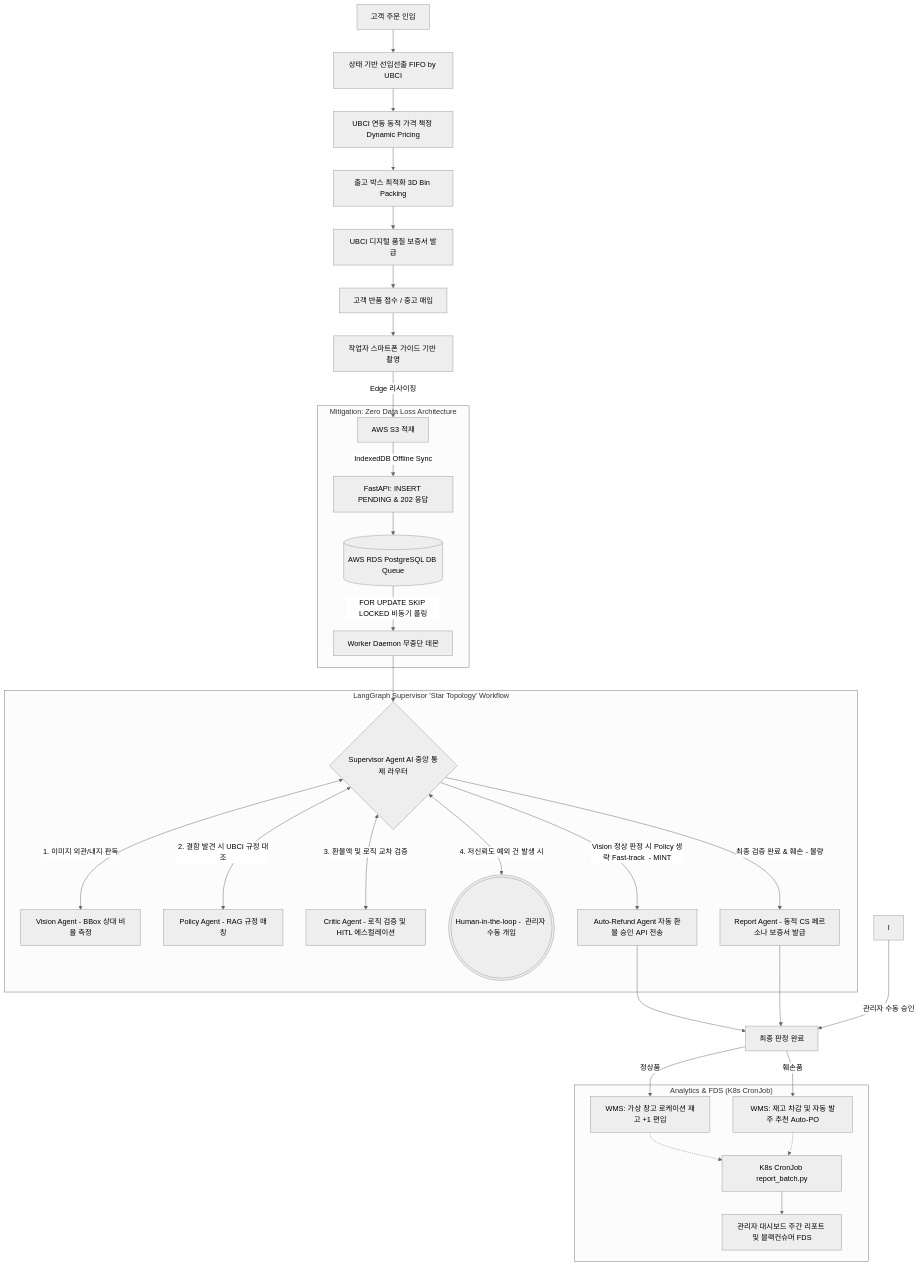
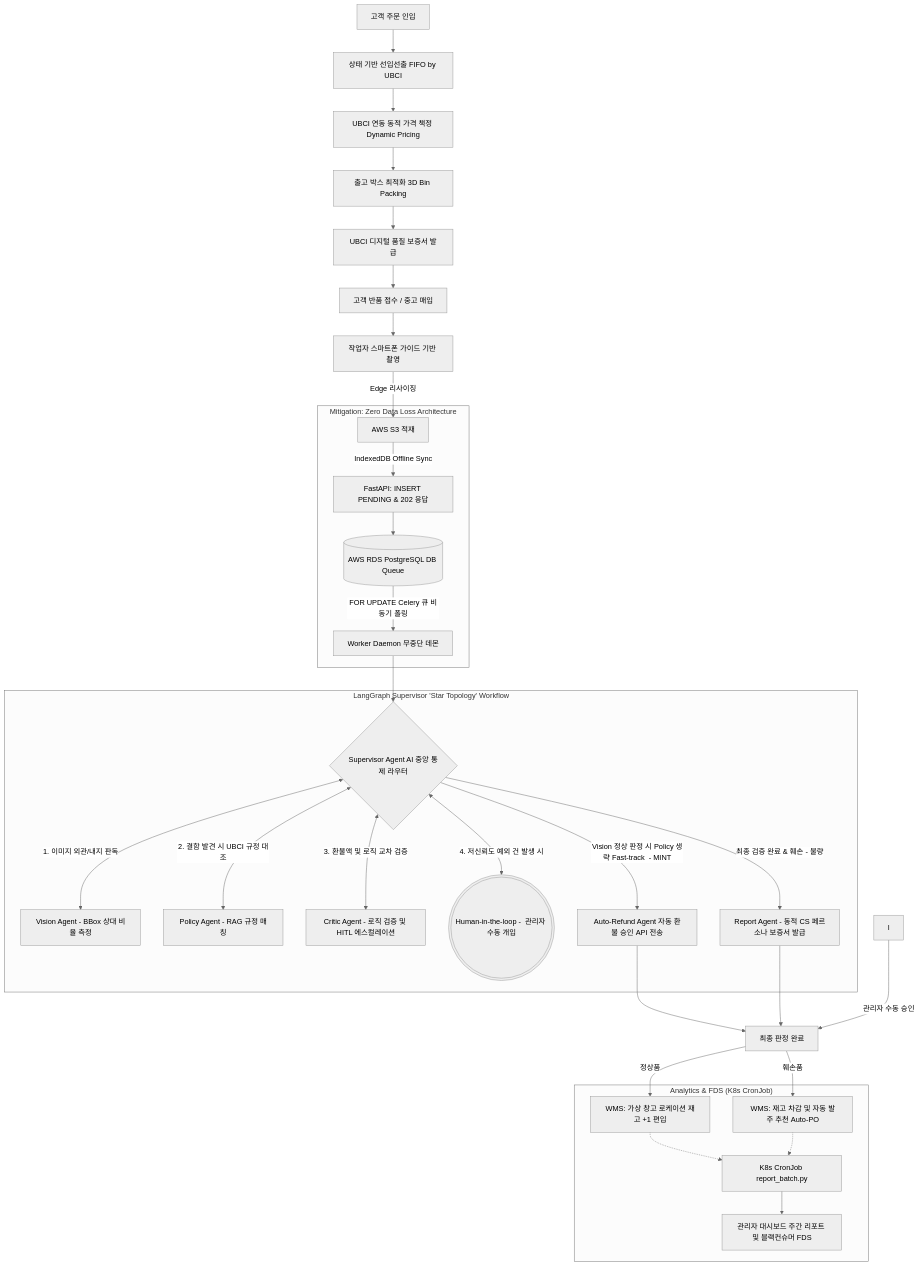
Before and after one commit to jmkyong9393/wms-core-frontend: the second of 3 diagrams in docs/B2B_WMS_AI_Platform_기획서_ver1.3.md, drawn with Mermaid (neutral theme). The commit also changed 2 other files, not shown here.

Commit message:
chore(docs): clean up remaining legacy DB queue keywords

````diff
--- a/docs/B2B_WMS_AI_Platform_기획서_ver1.3.md
+++ b/docs/B2B_WMS_AI_Platform_기획서_ver1.3.md
@@ -81,48 +81,48 @@
 ```mermaid
 graph TD
     %% WMS Outbound Flow
     O1[고객 주문 인입] --> O_FIFO["상태 기반 선입선출 FIFO by UBCI"]
     O_FIFO --> O_PRICE["UBCI 연동 동적 가격 책정 Dynamic Pricing"]
     O_PRICE --> O_BOX["출고 박스 최적화 3D Bin Packing"]
     O_BOX --> O_CERT[UBCI 디지털 품질 보증서 발급]
     O_CERT --> O3[고객 반품 접수 / 중고 매입]
     O3 --> A
 
     %% Client Upload
     A["작업자 스마트폰 가이드 기반 촬영"] -->|Edge 리사이징| B[AWS S3 적재]
 
     %% Mitigation Plan: Offline & Decoupling
     subgraph "Mitigation: Zero Data Loss Architecture"
         B -->|IndexedDB Offline Sync| C["FastAPI: INSERT PENDING & 202 응답"]
         C --> DBQueue[(AWS RDS PostgreSQL DB Queue)]
-        DBQueue -->|FOR UPDATE SKIP LOCKED 비동기 폴링| W["Worker Daemon 무중단 데몬"]
+        DBQueue -->|FOR UPDATE Celery 큐 비동기 폴링| W["Worker Daemon 무중단 데몬"]
     end
 
     %% Multi-Agent Workflow
     subgraph "LangGraph Supervisor 'Star Topology' Workflow"
         W --> SUP{Supervisor Agent AI 중앙 통제 라우터}
         
         SUP <-->|1. 이미지 외관/내지 판독| VIS["Vision Agent - BBox 상대 비율 측정"]
         SUP <-->|2. 결함 발견 시 UBCI 규정 대조| POL["Policy Agent - RAG 규정 매칭"]
         SUP <-->|3. 환불액 및 로직 교차 검증| CRI["Critic Agent - 로직 검증 및 HITL 에스컬레이션"]
         SUP <-->|4. 저신뢰도 예외 건 발생 시| HITL(((Human-in-the-loop -  관리자 수동 개입)))
         
         SUP -->|Vision 정상 판정 시 Policy 생략 Fast-track  - MINT| G["Auto-Refund Agent 자동 환불 승인 API 전송"]
         SUP -->|최종 검증 완료 & 훼손  - 불량| H["Report Agent - 동적 CS 페르소나 보증서 발급"]
     end
 
     %% WMS Inbound Flow
     G --> J[최종 판정 완료]
     H --> J
     I -->|관리자 수동 승인| J
 
     J -->|정상품| K[WMS: 가상 창고 로케이션 재고 +1 편입]
     J -->|훼손품| L["WMS: 재고 차감 및 자동 발주 추천 Auto-PO"]
 
     %% FDS & Report (CronJob)
     subgraph "Analytics & FDS (K8s CronJob)"
         K -.-> Batch["K8s CronJob report_batch.py"]
         L -.-> Batch
         Batch --> M["관리자 대시보드 주간 리포트 및 블랙컨슈머 FDS"]
     end
 ```
````
